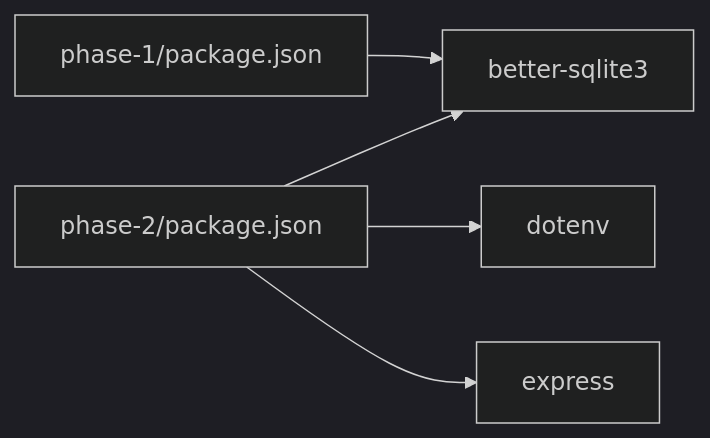
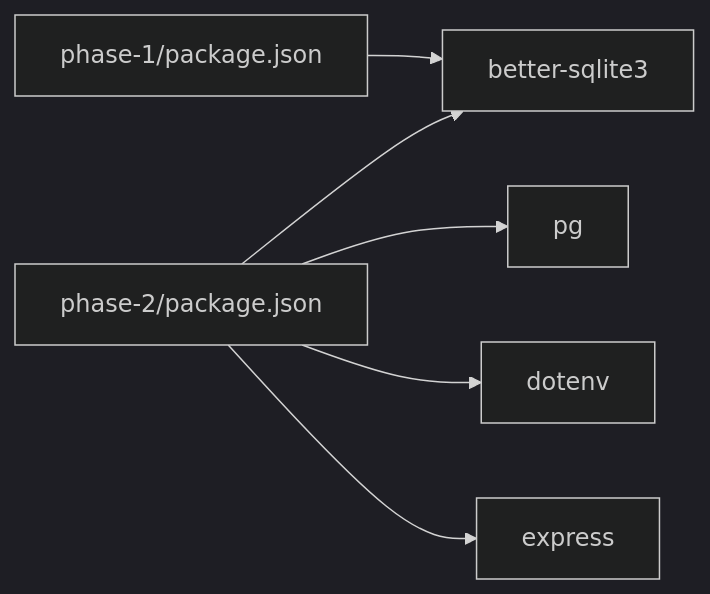
Before and after one commit to aravinthraj-ramalingam/Groww-App-Review-Insights-Analyzer-: the eighth of 8 diagrams in .qoder/repowiki/en/content/Phase 1_ Review Scraper/Database Layer.md, drawn with Mermaid (dark theme). The commit also changed other lines of this file and 7 other files, not shown here.

````diff
--- a/.qoder/repowiki/en/content/Phase 1_ Review Scraper/Database Layer.md
+++ b/.qoder/repowiki/en/content/Phase 1_ Review Scraper/Database Layer.md
@@ -443,12 +577,14 @@
 ```mermaid
 graph LR
 P2_PKG["phase-2/package.json"]
 P1_PKG["phase-1/package.json"]
 DB_DEP["better-sqlite3"]
+PG_DEP["pg"]
 DOTENV["dotenv"]
 EXPRESS["express"]
 P2_PKG --> DB_DEP
+P2_PKG --> PG_DEP
 P2_PKG --> DOTENV
 P2_PKG --> EXPRESS
 P1_PKG --> DB_DEP
 ```
````
